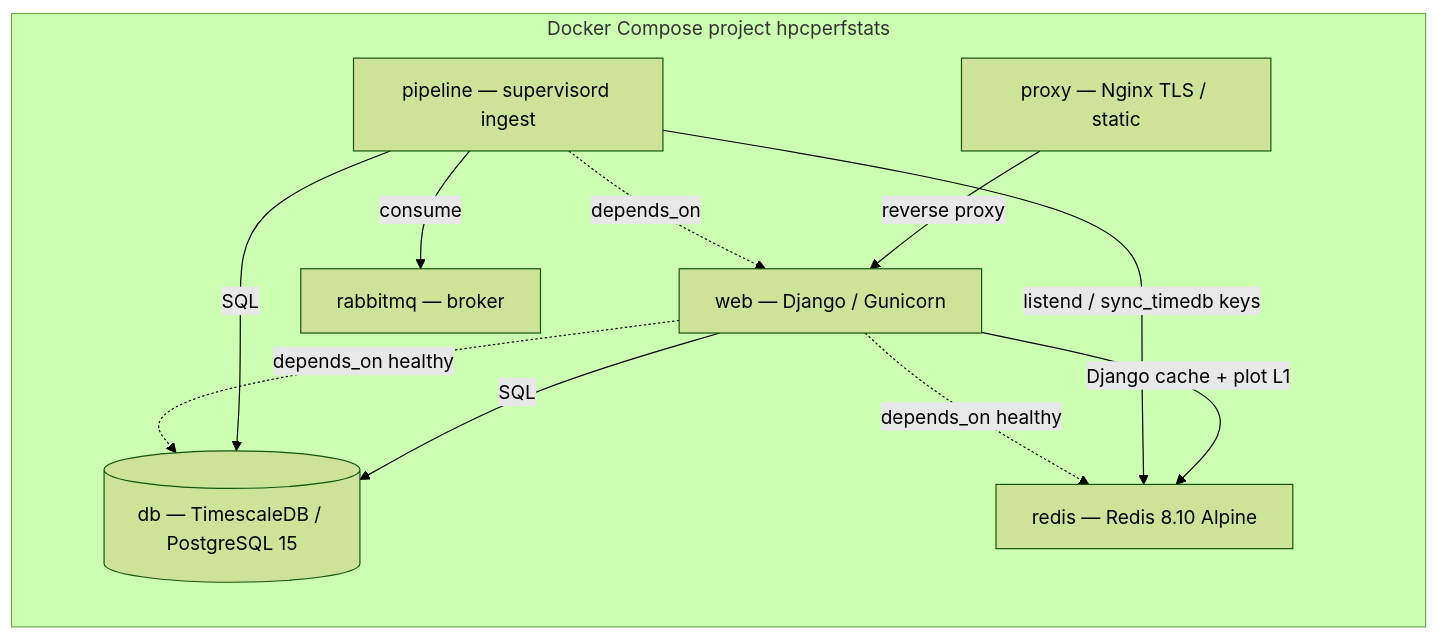
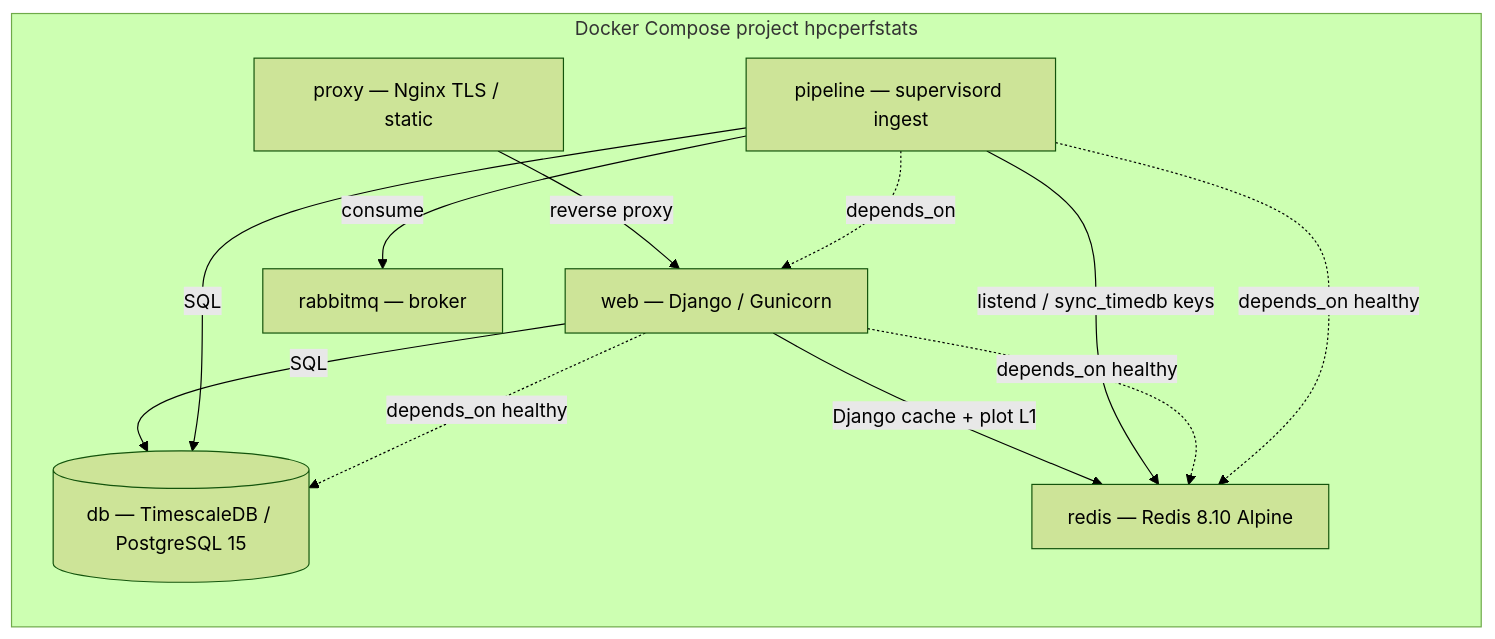
One commit to TACC/HPCPerfStats changed the second of 2 diagrams in docs/design-document.md. Above: the diagram before and after it, drawn with Mermaid (forest theme). The commit also changed 11 other files, not shown here.

````diff
--- a/docs/design-document.md
+++ b/docs/design-document.md
@@ -93,22 +93,23 @@
 ```mermaid
 flowchart TB
   subgraph compose["Docker Compose project hpcperfstats"]
     direction TB
     PXY[proxy — Nginx TLS / static]
     WEB[web — Django / Gunicorn]
     PIPE[pipeline — supervisord ingest]
     DB[(db — TimescaleDB / PostgreSQL 15)]
     REDIS[redis — Redis 8.10 Alpine]
     RMQ[rabbitmq — broker]
   end
 
   PXY -->|reverse proxy| WEB
   WEB -->|SQL| DB
   WEB -->|Django cache + plot L1| REDIS
   PIPE -->|SQL| DB
   PIPE -->|listend / sync_timedb keys| REDIS
   PIPE -->|consume| RMQ
   WEB -.->|depends_on healthy| DB
   WEB -.->|depends_on healthy| REDIS
   PIPE -.->|depends_on| WEB
+  PIPE -.->|depends_on healthy| REDIS
 ```
````
